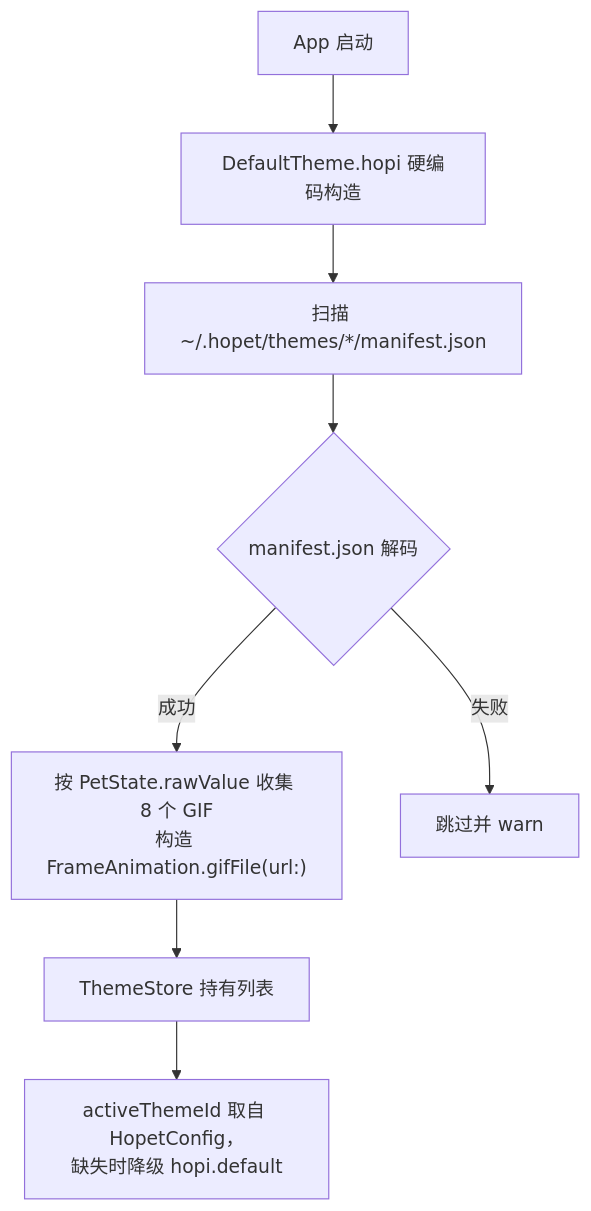
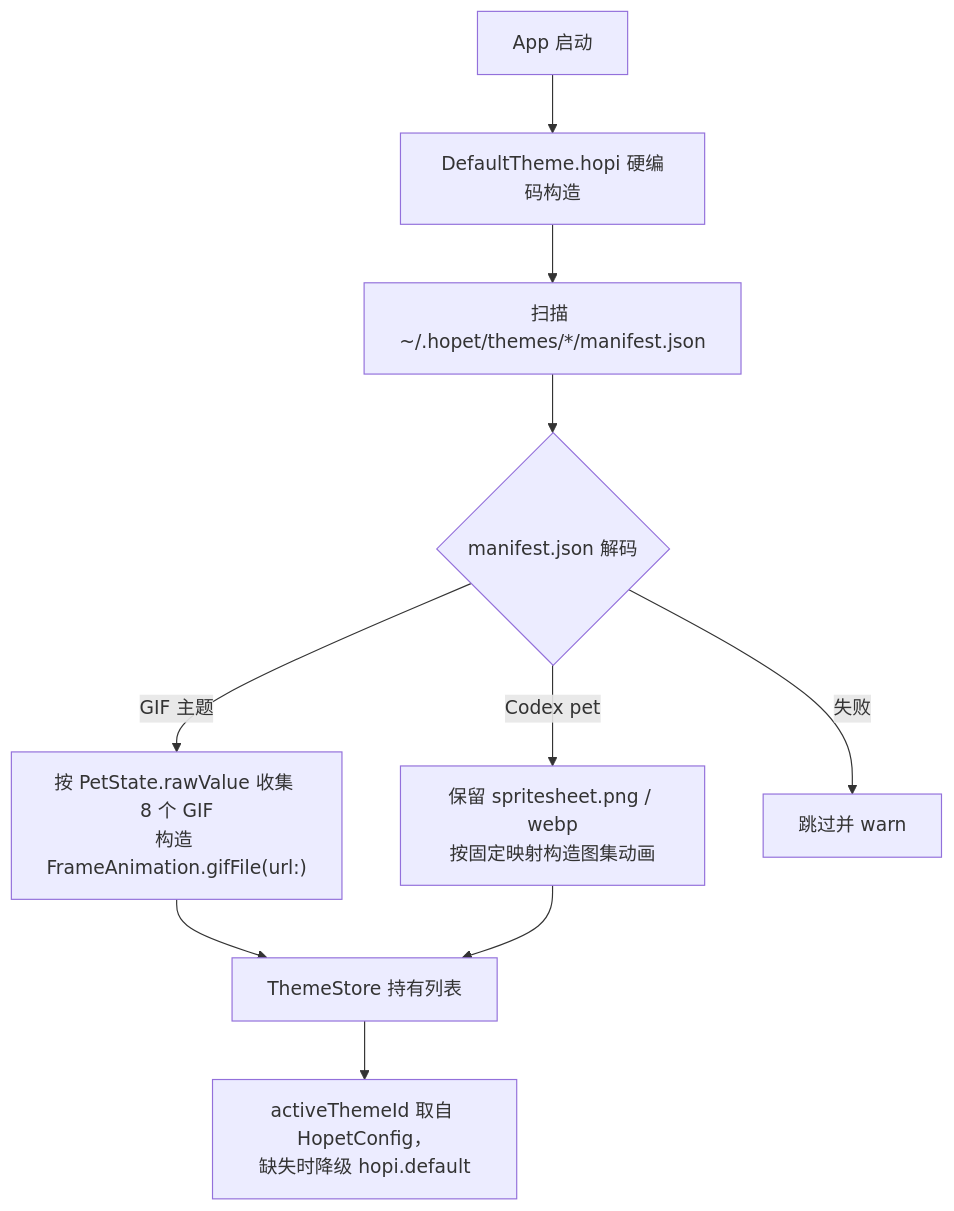
Before and after one commit to BinaryFroggy/Hopet: the second of 2 diagrams in DevDocs/features.md, drawn with Mermaid. The commit also changed other lines of this file and 7 other files, not shown here.

Commit message:
feat(theme): import Codex pet packages

````diff
--- a/DevDocs/features.md
+++ b/DevDocs/features.md
@@ -364,10 +364,12 @@
 ```mermaid
 flowchart TD
     Start["App 启动"] --> Builtin["DefaultTheme.hopi 硬编码构造"]
     Builtin --> Scan["扫描 ~/.hopet/themes/*/manifest.json"]
     Scan --> Decode{"manifest.json 解码"}
-    Decode -->|成功| Build["按 PetState.rawValue 收集 8 个 GIF<br/>构造 FrameAnimation.gifFile(url:)"]
+    Decode -->|GIF 主题| BuildGIF["按 PetState.rawValue 收集 8 个 GIF<br/>构造 FrameAnimation.gifFile(url:)"]
+    Decode -->|Codex pet| BuildCodex["保留 spritesheet.png / webp<br/>按固定映射构造图集动画"]
     Decode -->|失败| Skip["跳过并 warn"]
-    Build --> Store["ThemeStore 持有列表"]
+    BuildGIF --> Store["ThemeStore 持有列表"]
+    BuildCodex --> Store
     Store --> Active["activeThemeId 取自 HopetConfig，<br/>缺失时降级 hopi.default"]
 ```
````
